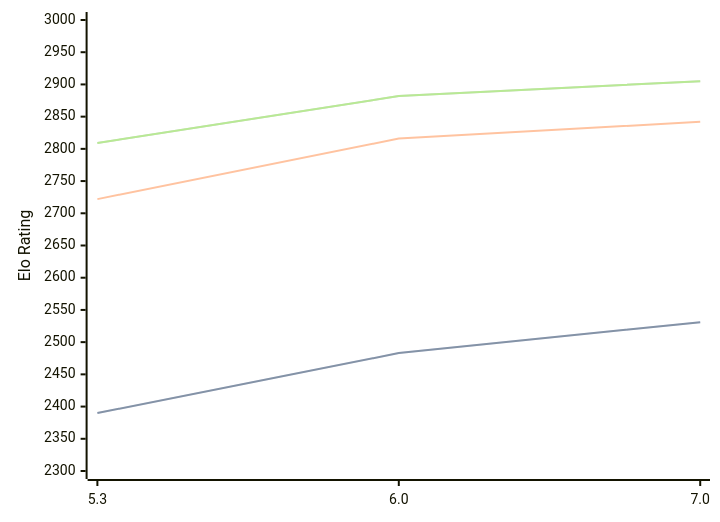
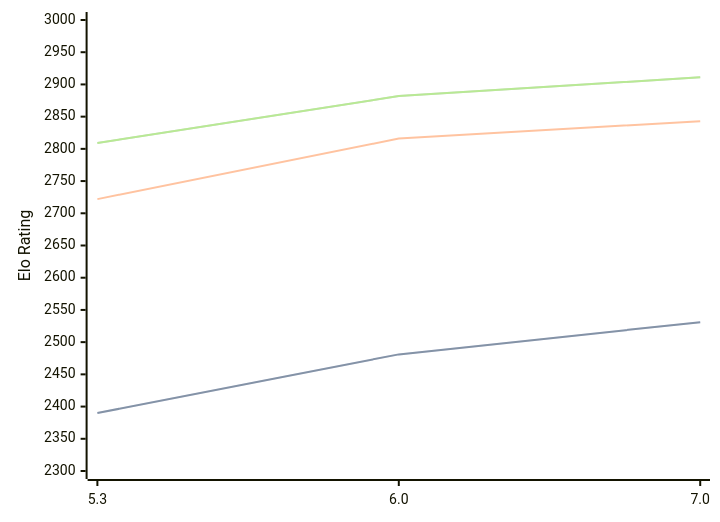
Before and after one commit to computer-chess-index/cci: the diagram in engines/tomitankChess.md, drawn with Mermaid. The commit also changed other lines of this file, not shown here.

Commit message:
Update CCI Ratings (ELO VLTC) - 2026-09-11

````diff
--- a/engines/tomitankChess.md
+++ b/engines/tomitankChess.md
@@ -33,11 +33,11 @@
 ```mermaid
 %%{init: {"theme":"base","themeVariables":{"seriesColors:['#a3a3a3','#222221','#faa371']}}}%%
 xychart-beta
   x-axis ["5.3", "6.0", "7.0"]
   y-axis "Elo Rating" 2300 --> 3000
-  line "" [2390, 2483, 2531]
-  line "STC (8.0+0.08s)" [2390, 2483, 2531]
-  line "LTC (60.0+0.60s)" [2722, 2816, 2842]
-  line "" [2809, 2882, 2905]
-  line "VLTC (2m24s+1.12s)" [2809, 2882, 2905]
+  line "" [2390, 2481, 2531]
+  line "STC (8.0+0.08s)" [2390, 2481, 2531]
+  line "LTC (60.0+0.60s)" [2722, 2816, 2843]
+  line "" [2809, 2882, 2911]
+  line "VLTC (2m24s+1.12s)" [2809, 2882, 2911]
 ```
````
